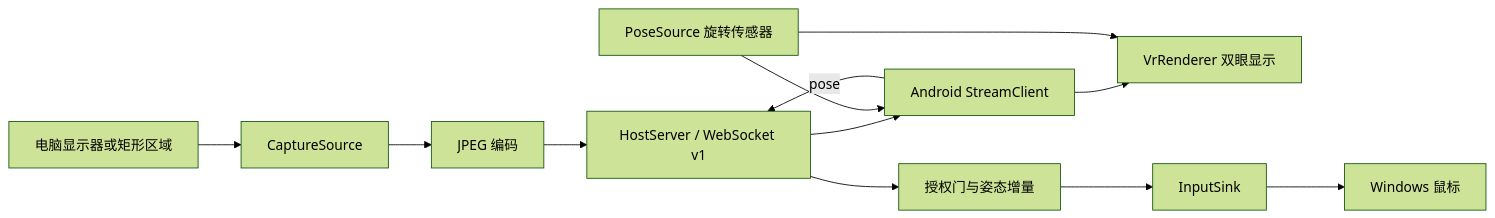
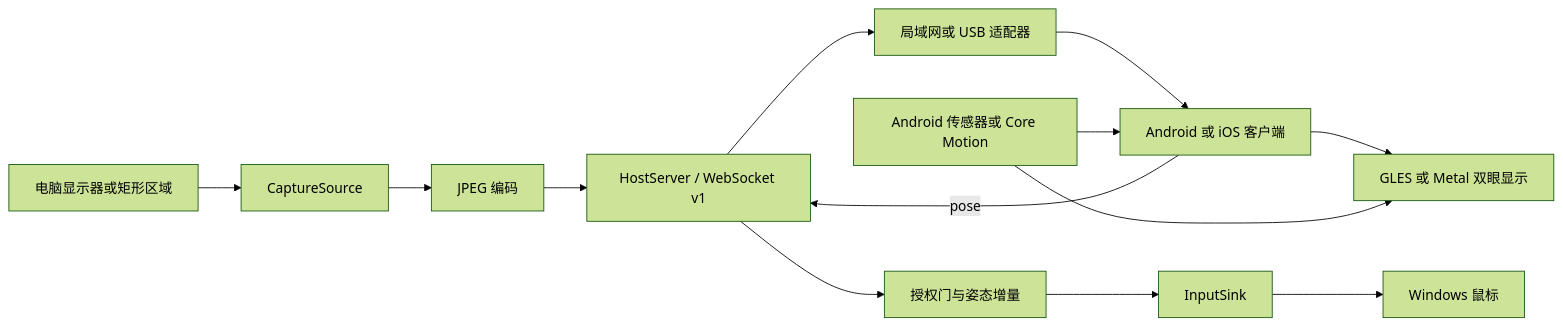
Before and after one commit to LexZeon/VRization: the second of 2 diagrams in docs/ARCHITECTURE.md, drawn with Mermaid (forest theme). The commit also changed other lines of this file and 16 other files, not shown here.

````diff
--- a/docs/ARCHITECTURE.md
+++ b/docs/ARCHITECTURE.md
@@ -96,14 +138,15 @@
 ```mermaid
 flowchart LR
     A[电脑显示器或矩形区域] --> B[CaptureSource]
     B --> C[JPEG 编码]
     C --> D[HostServer / WebSocket v1]
-    D --> E[Android StreamClient]
-    E --> F[VrRenderer 双眼显示]
-    G[PoseSource 旋转传感器] --> F
+    D --> T[局域网或 USB 适配器]
+    T --> E[Android 或 iOS 客户端]
+    E --> F[GLES 或 Metal 双眼显示]
+    G[Android 传感器或 Core Motion] --> F
     G --> E
     E -->|pose| D
     D --> H[授权门与姿态增量]
     H --> I[InputSink]
     I --> J[Windows 鼠标]
 ```
````
